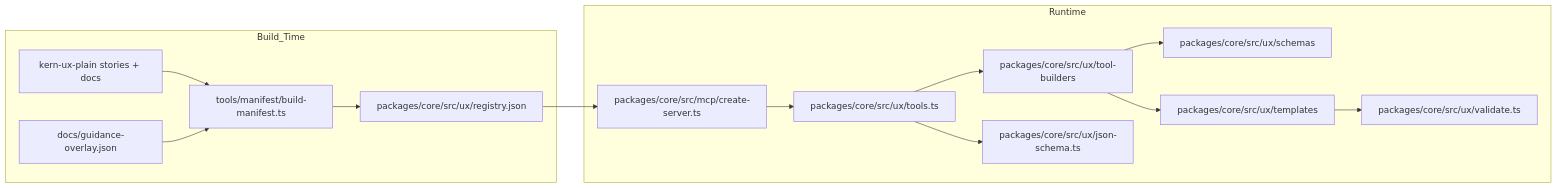
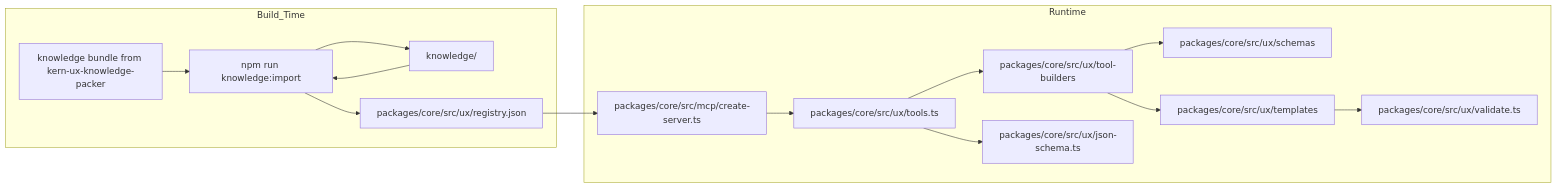
One commit to leonio/kern-ux-mcp changed the diagram in docs/contributor-guide.md. Above: the diagram before and after it, drawn with Mermaid. The commit also changed other lines of this file and 31 other files, not shown here.

````diff
--- a/docs/contributor-guide.md
+++ b/docs/contributor-guide.md
@@ -7,22 +7,23 @@
 ```mermaid
 flowchart LR
   subgraph Build_Time
-    A[kern-ux-plain stories + docs]
-    B[docs/guidance-overlay.json]
-    C[tools/manifest/build-manifest.ts]
+    A[knowledge bundle from kern-ux-knowledge-packer]
+    B[knowledge/]
+    C[npm run knowledge:import]
     D[packages/core/src/ux/registry.json]
     A --> C
+    C --> B
     B --> C
     C --> D
   end
 
   subgraph Runtime
     D --> E[packages/core/src/mcp/create-server.ts]
     E --> F[packages/core/src/ux/tools.ts]
     F --> G[packages/core/src/ux/tool-builders]
     G --> H[packages/core/src/ux/schemas]
     G --> I[packages/core/src/ux/templates]
     F --> J[packages/core/src/ux/json-schema.ts]
     I --> K[packages/core/src/ux/validate.ts]
   end
 ```
````
